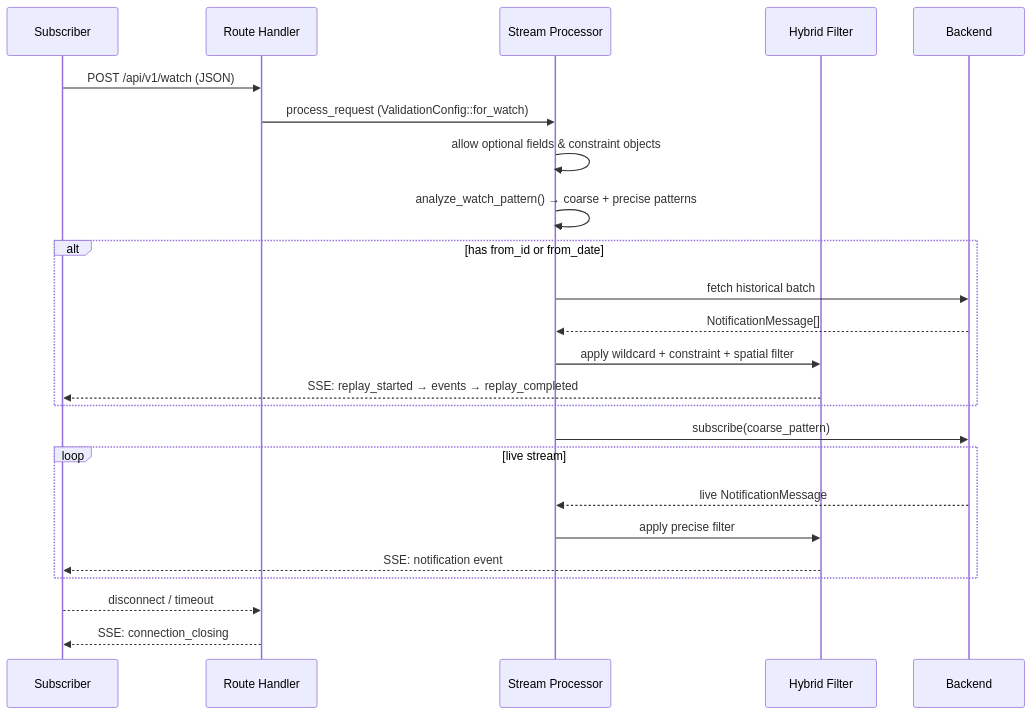
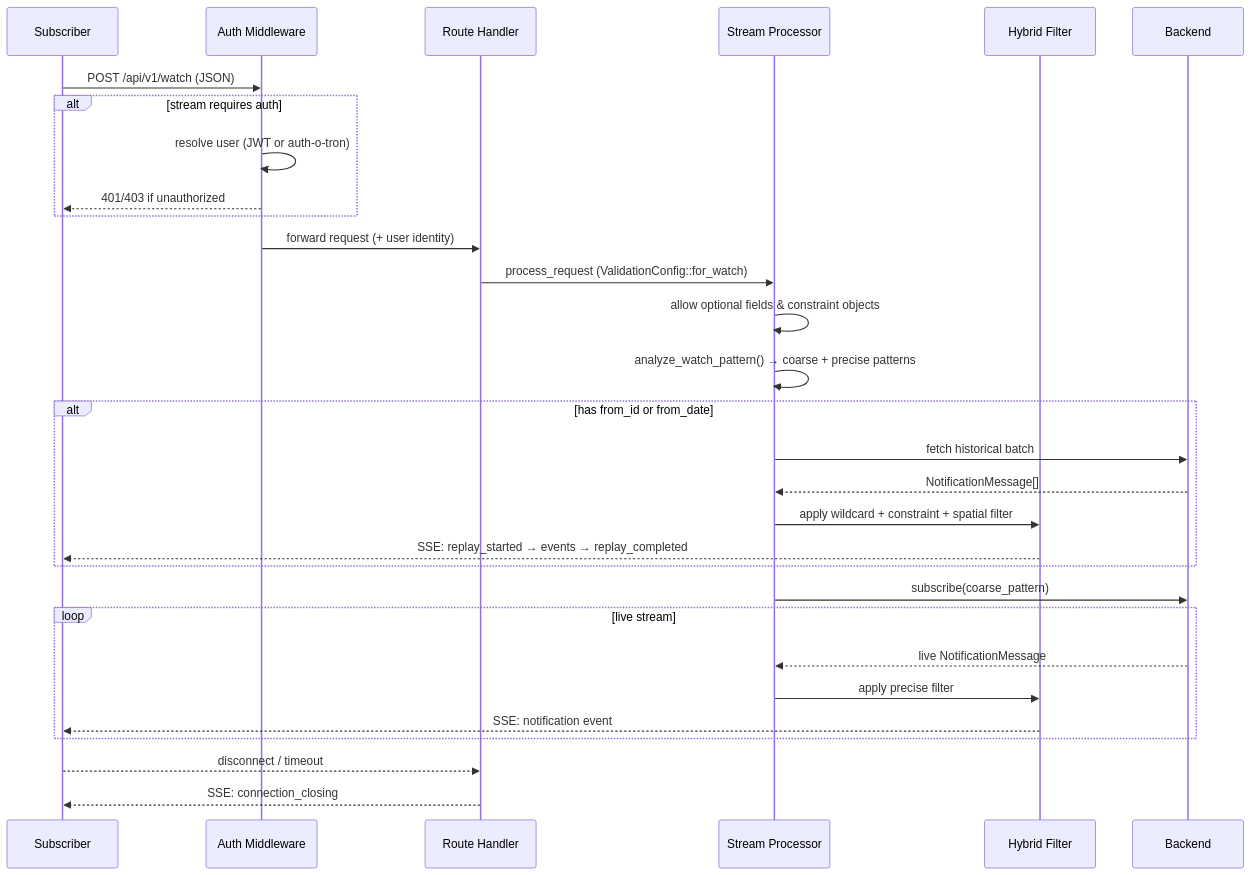
One commit to ecmwf/aviso-server changed the third of 5 diagrams in docs/src/architecture.md. Above: the diagram before and after it, drawn with Mermaid. The commit also changed other lines of this file and 4 other files, not shown here.

First line of the commit message:
docs(auth): update docs and diagrams for realm-scoped roles

````diff
--- a/docs/src/architecture.md
+++ b/docs/src/architecture.md
@@ -90,30 +101,36 @@
 ```mermaid
 sequenceDiagram
     participant C as Subscriber
+    participant A as Auth Middleware
     participant R as Route Handler
     participant P as Stream Processor
     participant F as Hybrid Filter
     participant B as Backend
 
-    C->>R: POST /api/v1/watch (JSON)
+    C->>A: POST /api/v1/watch (JSON)
+    alt stream requires auth
+        A->>A: resolve user (JWT or auth-o-tron)
+        A-->>C: 401/403 if unauthorized
+    end
+    A->>R: forward request (+ user identity)
     R->>P: process_request (ValidationConfig::for_watch)
     P->>P: allow optional fields & constraint objects
     P->>P: analyze_watch_pattern() → coarse + precise patterns
 
     alt has from_id or from_date
         P->>B: fetch historical batch
         B-->>P: NotificationMessage[]
         P->>F: apply wildcard + constraint + spatial filter
         F-->>C: SSE: replay_started → events → replay_completed
     end
 
     P->>B: subscribe(coarse_pattern)
     loop live stream
         B-->>P: live NotificationMessage
         P->>F: apply precise filter
         F-->>C: SSE: notification event
     end
 
     C-->>R: disconnect / timeout
     R-->>C: SSE: connection_closing
 ```
````
